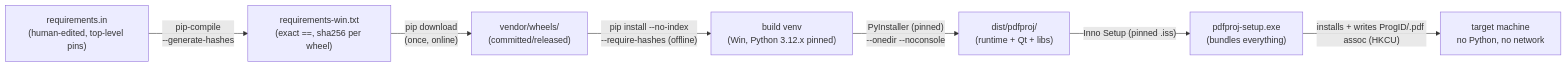
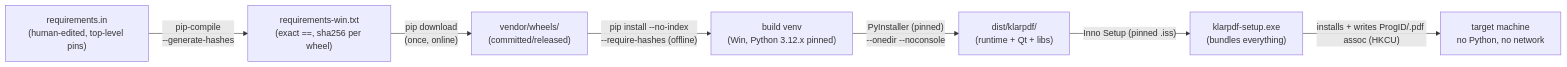
The diagram in PLAN.md (utyagi24/klarpdf), drawn with Mermaid before and after one commit. The commit also changed other lines of this file and 33 other files, not shown here.

````diff
--- a/PLAN.md
+++ b/PLAN.md
@@ -201,9 +201,9 @@
 ```mermaid
 flowchart LR
   A["requirements.in<br/>(human-edited, top-level pins)"] -->|"pip-compile<br/>--generate-hashes"| B["requirements-win.txt<br/>(exact ==, sha256 per wheel)"]
   B -->|"pip download<br/>(once, online)"| C["vendor/wheels/<br/>(committed/released)"]
   C -->|"pip install --no-index<br/>--require-hashes (offline)"| D["build venv<br/>(Win, Python 3.12.x pinned)"]
-  D -->|"PyInstaller (pinned)<br/>--onedir --noconsole"| E["dist/pdfproj/<br/>(runtime + Qt + libs)"]
-  E -->|"Inno Setup (pinned .iss)"| F["pdfproj-setup.exe<br/>(bundles everything)"]
+  D -->|"PyInstaller (pinned)<br/>--onedir --noconsole"| E["dist/klarpdf/<br/>(runtime + Qt + libs)"]
+  E -->|"Inno Setup (pinned .iss)"| F["klarpdf-setup.exe<br/>(bundles everything)"]
   F -->|"installs + writes ProgID/.pdf assoc (HKCU)"| G["target machine<br/>no Python, no network"]
 ```
````
